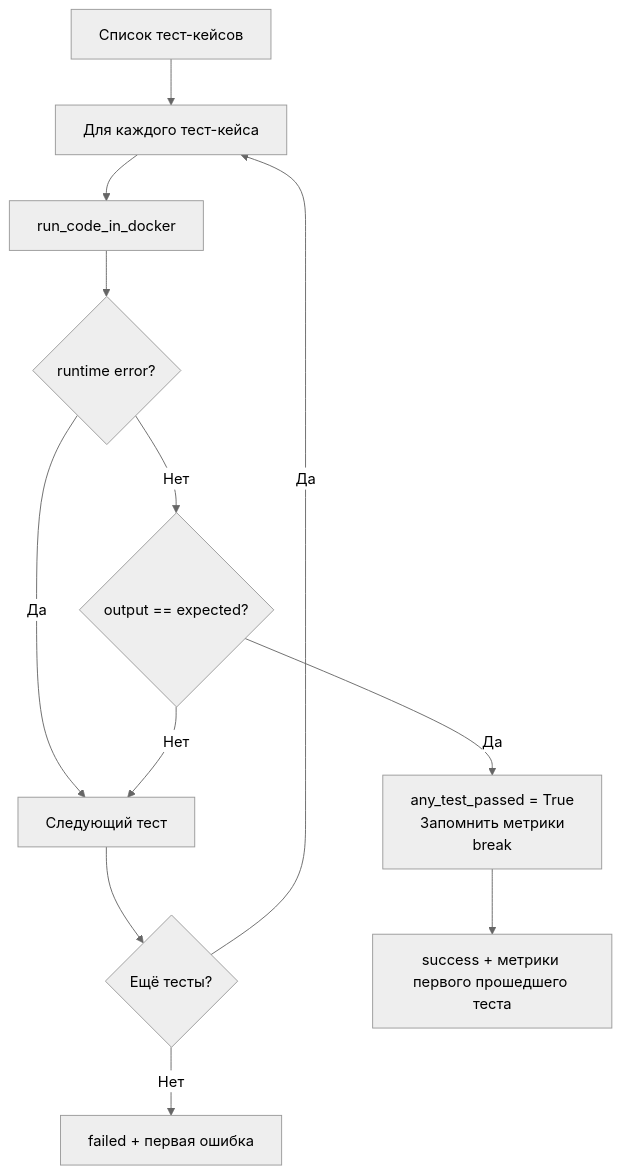
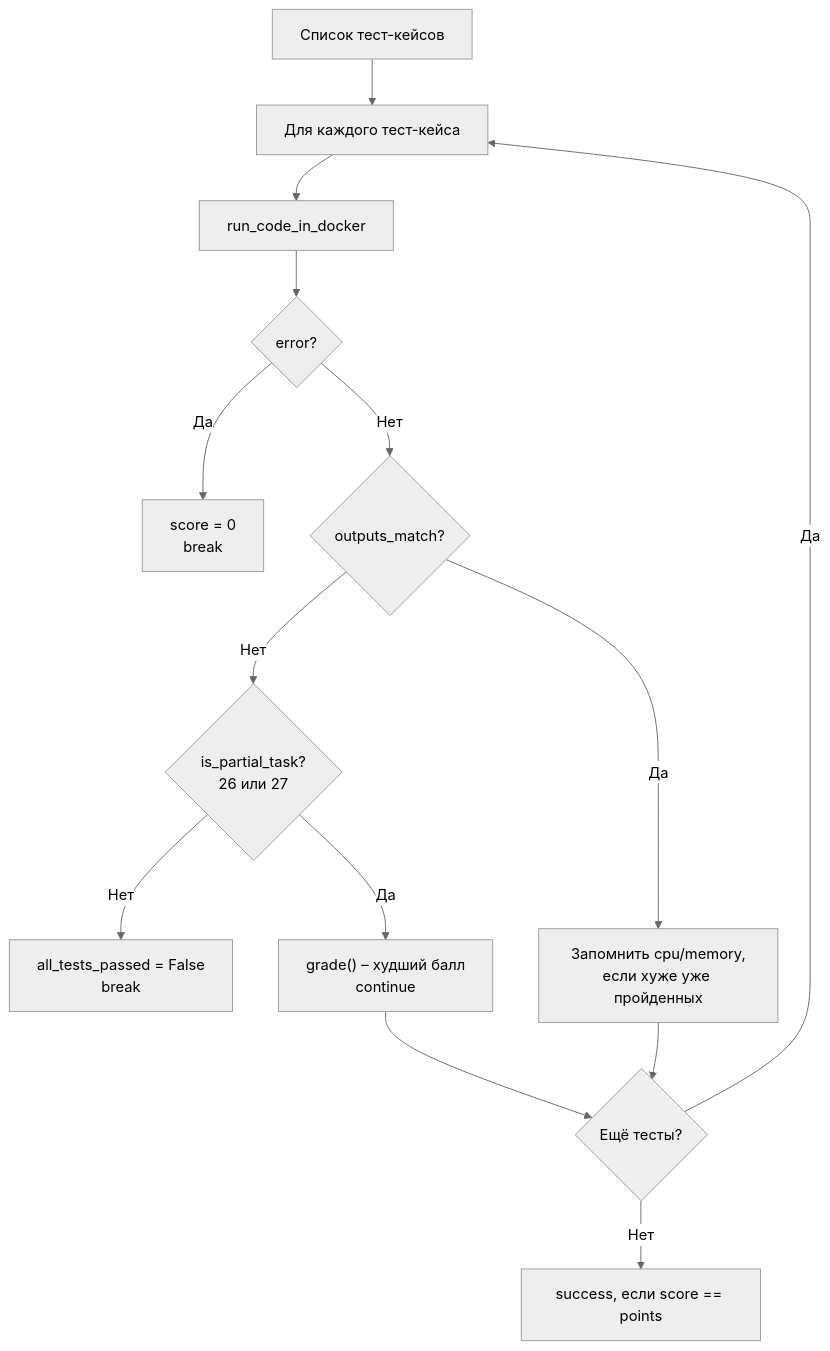
The sixth of 8 diagrams in docs/flows/ege-trainer.md (Kirill2517nv/SiteAboutMe), drawn with Mermaid (neutral theme) before and after one commit. The commit also changed other lines of this file and 40 other files, not shown here.

````diff
--- a/docs/flows/ege-trainer.md
+++ b/docs/flows/ege-trainer.md
@@ -196,14 +202,16 @@
 ```mermaid
 flowchart TD
     CASES[Список тест-кейсов] --> LOOP[Для каждого тест-кейса]
     LOOP --> RUN[run_code_in_docker]
-    RUN --> ERR{runtime error?}
-    ERR -->|Да| NEXT[Следующий тест]
-    ERR -->|Нет| MATCH{output == expected?}
-    MATCH -->|Да| PASS["any_test_passed = True\nЗапомнить метрики\nbreak"]
-    MATCH -->|Нет| NEXT
-    NEXT --> MORE{Ещё тесты?}
+    RUN --> ERR{error?}
+    ERR -->|Да| FAIL0["score = 0\nbreak"]
+    ERR -->|Нет| MATCH{outputs_match?}
+    MATCH -->|Нет| PARTIAL{is_partial_task?<br/>26 или 27}
+    PARTIAL -->|Нет| FAIL[all_tests_passed = False\nbreak]
+    PARTIAL -->|Да| GRADE["grade() – худший балл\ncontinue"]
+    MATCH -->|Да| METRICS["Запомнить cpu/memory,<br/>если хуже уже пройденных"]
+    METRICS --> MORE{Ещё тесты?}
+    GRADE --> MORE
     MORE -->|Да| LOOP
-    MORE -->|Нет| FAIL[failed + первая ошибка]
-    PASS --> DONE[success + метрики первого прошедшего теста]
+    MORE -->|Нет| DONE["success, если score == points"]
 ```
````
